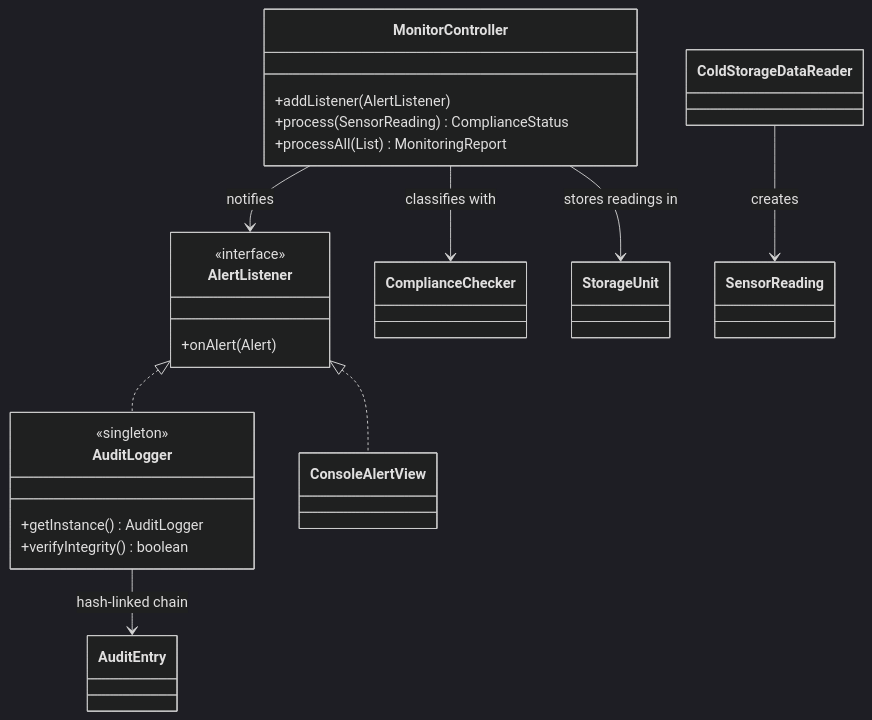
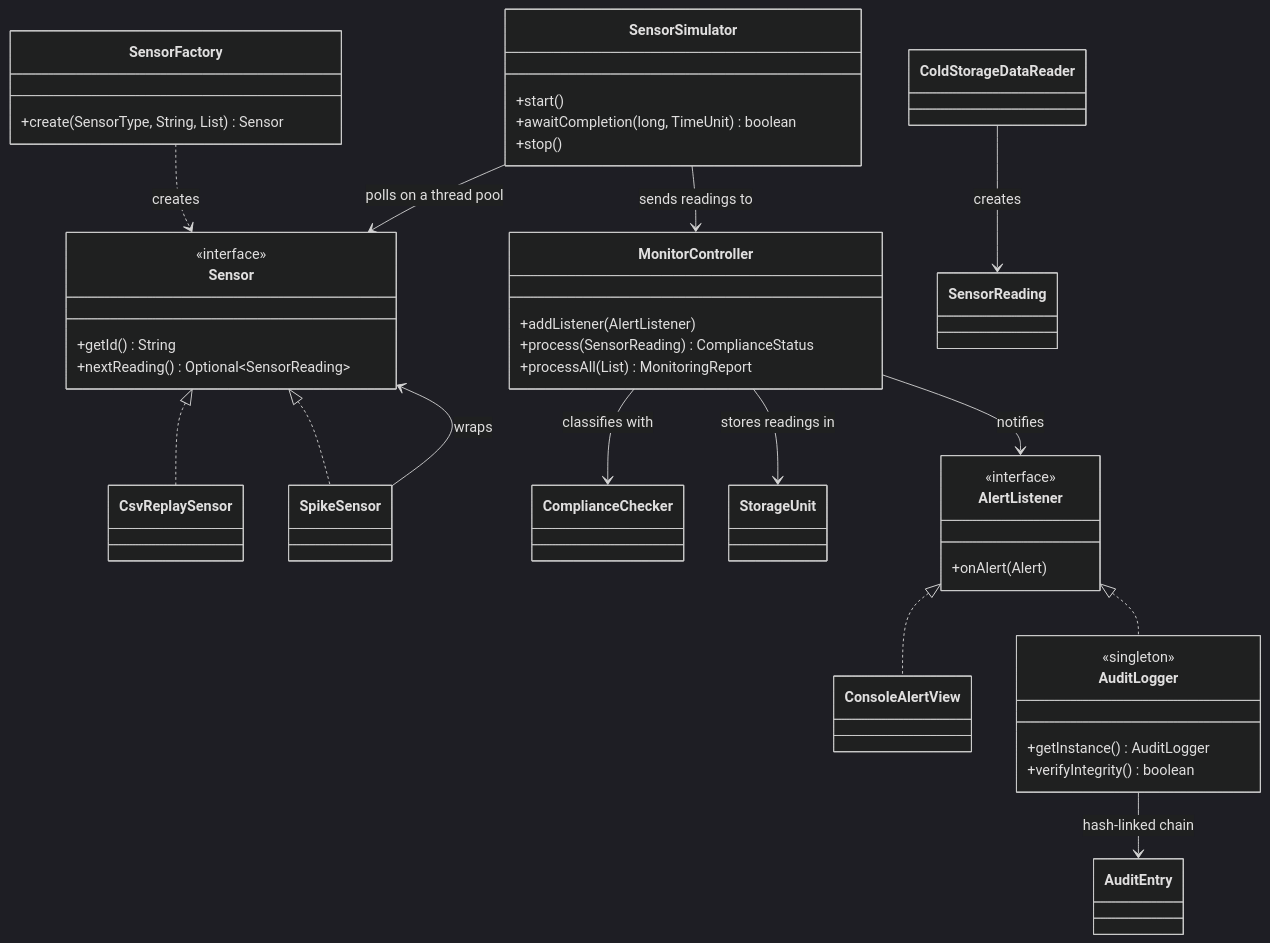
Before and after one commit to aak-kaul/smart-cold-storage-monitor: the diagram in README.md, drawn with Mermaid (dark theme). The commit also changed other lines of this file, not shown here.

````diff
--- a/README.md
+++ b/README.md
@@ -45,24 +126,43 @@
 ```mermaid
 classDiagram
+    class Sensor {
+        <<interface>>
+        +getId() String
+        +nextReading() Optional~SensorReading~
+    }
+    class SensorFactory {
+        +create(SensorType, String, List) Sensor
+    }
+    class SensorSimulator {
+        +start()
+        +awaitCompletion(long, TimeUnit) boolean
+        +stop()
+    }
     class MonitorController {
         +addListener(AlertListener)
         +process(SensorReading) ComplianceStatus
         +processAll(List) MonitoringReport
     }
     class AlertListener {
         <<interface>>
         +onAlert(Alert)
     }
     class AuditLogger {
         <<singleton>>
         +getInstance() AuditLogger
         +verifyIntegrity() boolean
     }
+    Sensor <|.. CsvReplaySensor
+    Sensor <|.. SpikeSensor
+    SpikeSensor --> Sensor : wraps
+    SensorFactory ..> Sensor : creates
+    SensorSimulator --> Sensor : polls on a thread pool
+    SensorSimulator --> MonitorController : sends readings to
     MonitorController --> ComplianceChecker : classifies with
     MonitorController --> StorageUnit : stores readings in
     MonitorController --> AlertListener : notifies
     AlertListener <|.. ConsoleAlertView
     AlertListener <|.. AuditLogger
     AuditLogger --> AuditEntry : hash-linked chain
     ColdStorageDataReader --> SensorReading : creates
 ```
````
